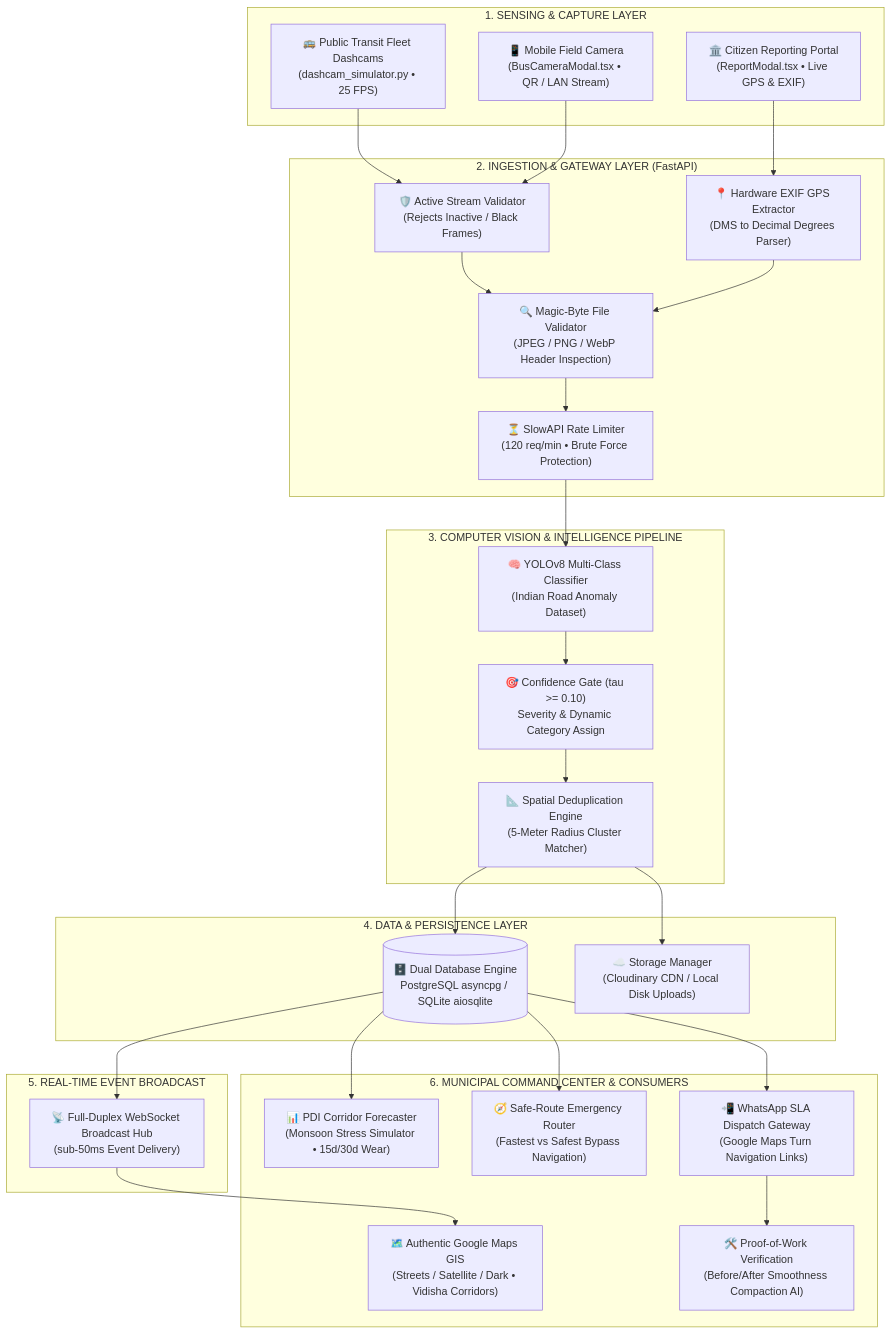
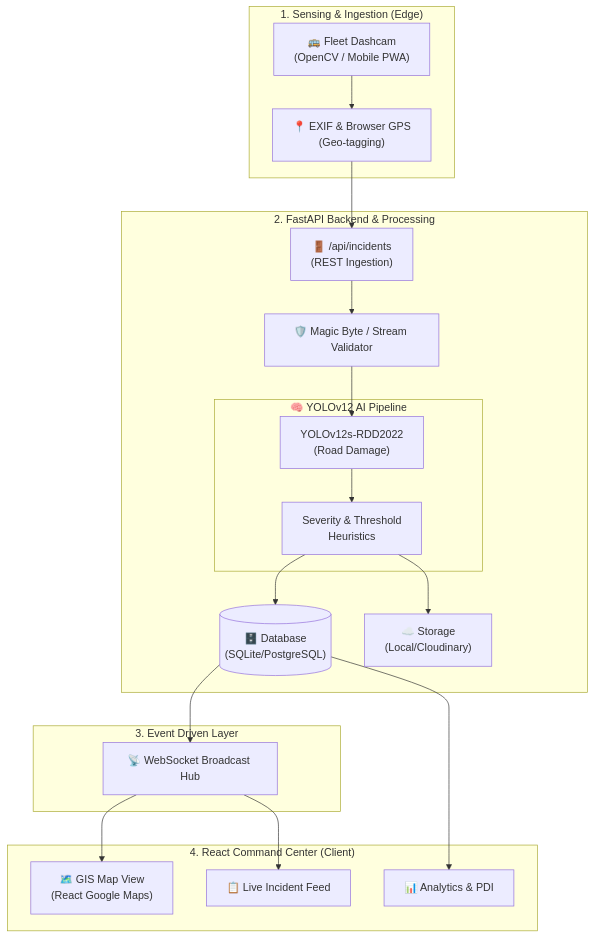
Before and after one commit to bhushzn/urban-inteligence: the first of 4 diagrams in README.md, drawn with Mermaid. The commit also changed other lines of this file and 22 other files, not shown here.

Commit message:
feat: enhance UI, mobile responsiveness, PWA, and add dummy data

````diff
--- a/README.md
+++ b/README.md
@@ -80,59 +92,46 @@
 ```mermaid
 flowchart TB
-    subgraph SENSING["1. SENSING & CAPTURE LAYER"]
-        BusCam["🚌 Public Transit Fleet Dashcams\n(dashcam_simulator.py • 25 FPS)"]
-        MobileCam["📱 Mobile Field Camera\n(BusCameraModal.tsx • QR / LAN Stream)"]
-        CitizenPortal["🏛️ Citizen Reporting Portal\n(ReportModal.tsx • Live GPS & EXIF)"]
+    %% Definitions
+    subgraph SENSING_LAYER ["1. Sensing & Ingestion (Edge)"]
+        Dashcam["🚌 Fleet Dashcam\n(OpenCV / Mobile PWA)"]
+        GPS["📍 EXIF & Browser GPS\n(Geo-tagging)"]
+        Dashcam --> GPS
     end
 
-    subgraph GATEWAY["2. INGESTION & GATEWAY LAYER (FastAPI)"]
-        StreamVal["🛡️ Active Stream Validator\n(Rejects Inactive / Black Frames)"]
-        ExifParser["📍 Hardware EXIF GPS Extractor\n(DMS to Decimal Degrees Parser)"]
-        RateLimit["⏳ SlowAPI Rate Limiter\n(120 req/min • Brute Force Protection)"]
-        MagicBytes["🔍 Magic-Byte File Validator\n(JPEG / PNG / WebP Header Inspection)"]
+    subgraph BACKEND_API ["2. FastAPI Backend & Processing"]
+        API_Gate["🚪 /api/incidents\n(REST Ingestion)"]
+        Validator["🛡️ Magic Byte / Stream Validator"]
         
-        BusCam --> StreamVal
-        MobileCam --> StreamVal
-        CitizenPortal --> ExifParser
-        StreamVal --> MagicBytes
-        ExifParser --> MagicBytes
-        MagicBytes --> RateLimit
+        subgraph AI_PIPELINE ["🧠 YOLOv12 AI Pipeline"]
+            Model["YOLOv12s-RDD2022\n(Road Damage)"]
+            SeverityMap["Severity & Threshold\nHeuristics"]
+            Model --> SeverityMap
+        end
+        
+        DB[("🗄️ Database\n(SQLite/PostgreSQL)")]
+        Storage["☁️ Storage\n(Local/Cloudinary)"]
+        
+        API_Gate --> Validator
+        Validator --> Model
+        SeverityMap --> DB
+        SeverityMap --> Storage
     end
 
-    subgraph AI_PIPELINE["3. COMPUTER VISION & INTELLIGENCE PIPELINE"]
-        YOLO["🧠 YOLOv8 Multi-Class Classifier\n(Indian Road Anomaly Dataset)"]
-        ConfFilter["🎯 Confidence Gate (tau >= 0.10)\nSeverity & Dynamic Category Assign"]
-        SpatialDedupe["📐 Spatial Deduplication Engine\n(5-Meter Radius Cluster Matcher)"]
-        
-        RateLimit --> YOLO
-        YOLO --> ConfFilter
-        ConfFilter --> SpatialDedupe
+    subgraph REAL_TIME ["3. Event Driven Layer"]
+        WSManager["📡 WebSocket Broadcast Hub"]
+        DB --> WSManager
     end
 
-    subgraph DATA_LAYER["4. DATA & PERSISTENCE LAYER"]
-        DualDB[("🗄️ Dual Database Engine\nPostgreSQL asyncpg / SQLite aiosqlite")]
-        Storage["☁️ Storage Manager\n(Cloudinary CDN / Local Disk Uploads)"]
+    subgraph FRONTEND ["4. React Command Center (Client)"]
+        UI_Map["🗺️ GIS Map View\n(React Google Maps)"]
+        UI_Feed["📋 Live Incident Feed"]
+        UI_Analytics["📊 Analytics & PDI"]
         
-        SpatialDedupe --> DualDB
-        SpatialDedupe --> Storage
+        WSManager --> UI_Feed
+        WSManager --> UI_Map
+        DB --> UI_Analytics
     end
 
-    subgraph BROADCAST["5. REAL-TIME EVENT BROADCAST"]
-        WSManager["📡 Full-Duplex WebSocket Broadcast Hub\n(sub-50ms Event Delivery)"]
-        DualDB --> WSManager
-    end
-
-    subgraph COMMAND_CENTER["6. MUNICIPAL COMMAND CENTER & CONSUMERS"]
-        GisMap["🗺️ Authentic Google Maps GIS\n(Streets / Satellite / Dark • Vidisha Corridors)"]
-        PdiEngine["📊 PDI Corridor Forecaster\n(Monsoon Stress Simulator • 15d/30d Wear)"]
-        SafeNav["🧭 Safe-Route Emergency Router\n(Fastest vs Safest Bypass Navigation)"]
-        ContractorDispatch["📲 WhatsApp SLA Dispatch Gateway\n(Google Maps Turn Navigation Links)"]
-        PowVerifier["🛠️ Proof-of-Work Verification\n(Before/After Smoothness Compaction AI)"]
-        
-        WSManager --> GisMap
-        DualDB --> PdiEngine
-        DualDB --> SafeNav
-        DualDB --> ContractorDispatch
-        ContractorDispatch --> PowVerifier
-    end
+    %% Connections
+    GPS --> API_Gate
 ```
````
